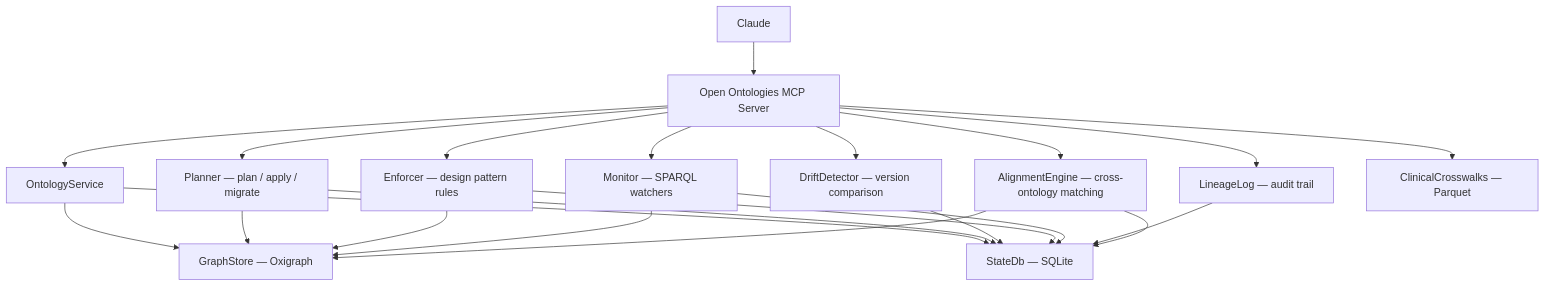
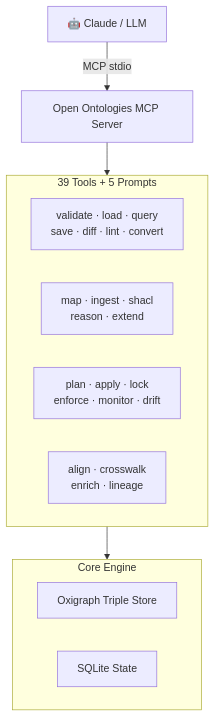
Before and after one commit to fabio-rovai/open-ontologies: the fourth of 4 diagrams in README.md, drawn with Mermaid. The commit also changed other lines of this file and 3 other files, not shown here.

First line of the commit message:
feat: add MCP prompts, Dockerfile, registry badges, and updated benchmarks

````diff
--- a/README.md
+++ b/README.md
@@ -467,37 +499,22 @@
 ```mermaid
 flowchart TD
-    Claude["Claude"]
+    Claude["🤖 Claude / LLM"]
     MCP["Open Ontologies MCP Server"]
-    OntologyService["OntologyService"]
-    GraphStore["GraphStore — Oxigraph"]
-    StateDb["StateDb — SQLite"]
-    Planner["Planner — plan / apply / migrate"]
-    DriftDetector["DriftDetector — version comparison"]
-    Enforcer["Enforcer — design pattern rules"]
-    Monitor["Monitor — SPARQL watchers"]
-    Lineage["LineageLog — audit trail"]
-    Alignment["AlignmentEngine — cross-ontology matching"]
-    Clinical["ClinicalCrosswalks — Parquet"]
 
-    Claude --> MCP
-    MCP --> OntologyService
-    MCP --> Planner
-    MCP --> DriftDetector
-    MCP --> Enforcer
-    MCP --> Monitor
-    MCP --> Lineage
-    MCP --> Alignment
-    MCP --> Clinical
-    OntologyService --> GraphStore
-    OntologyService --> StateDb
-    Planner --> GraphStore
-    Planner --> StateDb
-    DriftDetector --> StateDb
-    Enforcer --> GraphStore
-    Enforcer --> StateDb
-    Monitor --> GraphStore
-    Monitor --> StateDb
-    Lineage --> StateDb
-    Alignment --> GraphStore
-    Alignment --> StateDb
+    subgraph Core["Core Engine"]
+        GraphStore["Oxigraph Triple Store"]
+        StateDb["SQLite State"]
+    end
+
+    subgraph Tools["39 Tools + 5 Prompts"]
+        direction LR
+        Ontology["validate · load · query\nsave · diff · lint · convert"]
+        Data["map · ingest · shacl\nreason · extend"]
+        Lifecycle["plan · apply · lock\nenforce · monitor · drift"]
+        Advanced["align · crosswalk\nenrich · lineage"]
+    end
+
+    Claude -->|"MCP stdio"| MCP
+    MCP --> Tools
+    Tools --> Core
 ```
````
